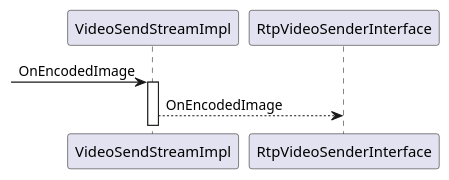
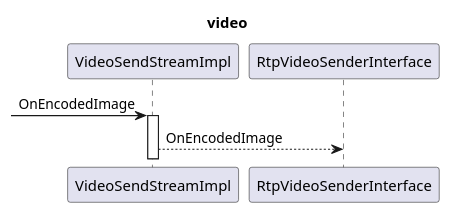
Before and after one commit to mingxin505/webrtcNote: the eighth of 19 diagrams in webrtc_chrome/Design.md, drawn with PlantUML. The commit also changed other lines of this file and 5 other files, not shown here.

````diff
--- a/webrtc_chrome/Design.md
+++ b/webrtc_chrome/Design.md
@@ -158,6 +159,7 @@
 ```plantuml
+title video
 participant VideoSendStreamImpl 
 -> VideoSendStreamImpl : OnEncodedImage
 activate  VideoSendStreamImpl 
 VideoSendStreamImpl --> RtpVideoSenderInterface : OnEncodedImage
 ```
````
